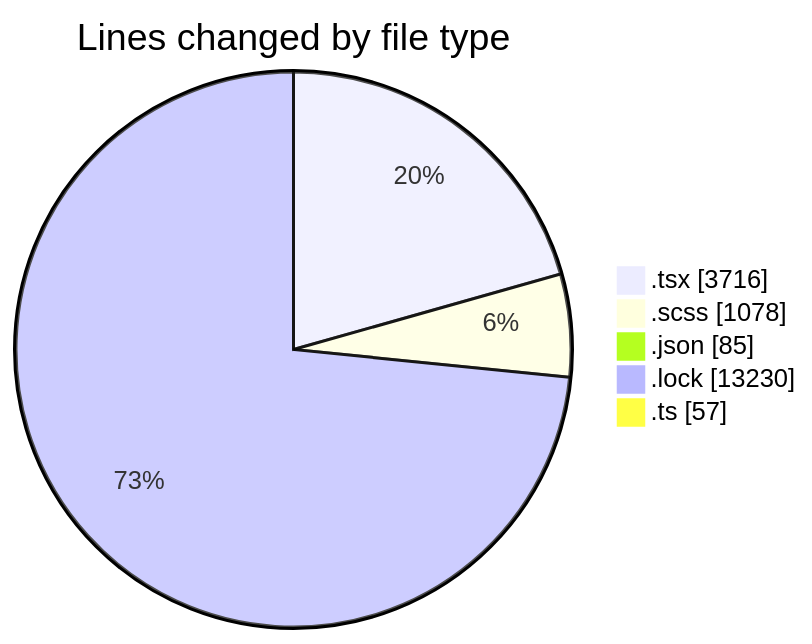
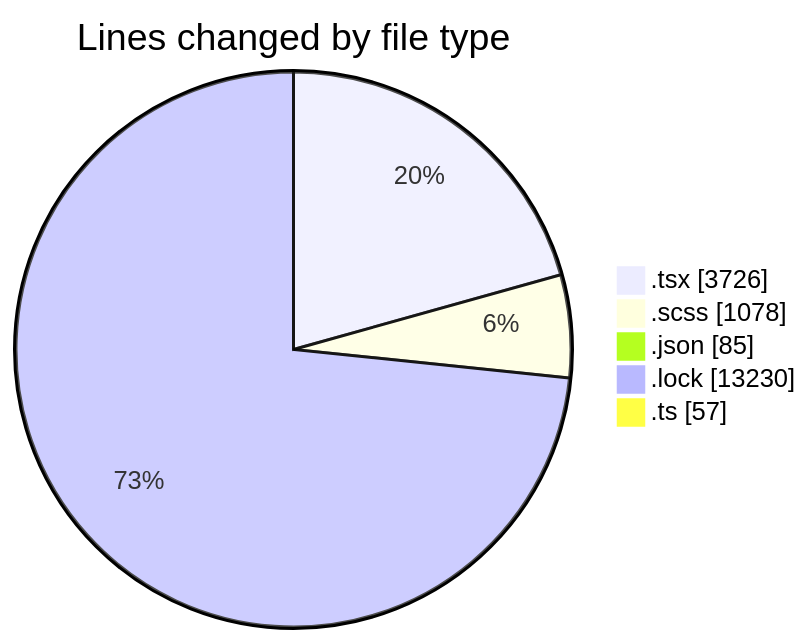
One commit to momahboobian/code-tracking changed the first of 2 diagrams in 2025-10-03/cda/README.md. Above: the diagram before and after it, drawn with Mermaid. The commit also changed other lines of this file and 1 other file, not shown here.

````diff
--- a/2025-10-03/cda/README.md
+++ b/2025-10-03/cda/README.md
@@ -30,9 +30,9 @@
 ```mermaid
 pie showData
 title Lines changed by file type
-".tsx" : 3716
+".tsx" : 3726
 ".scss" : 1078
 ".json" : 85
 ".lock" : 13230
 ".ts" : 57
 ```
````
